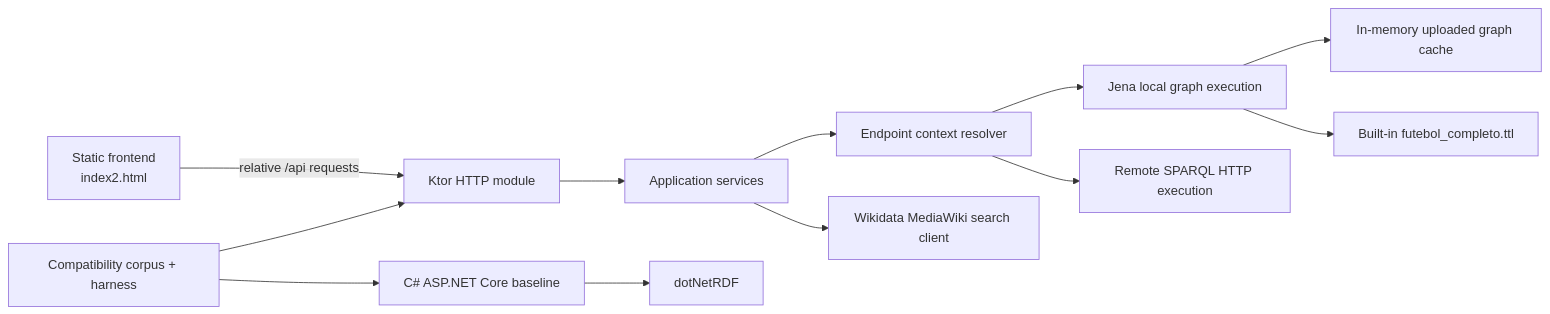
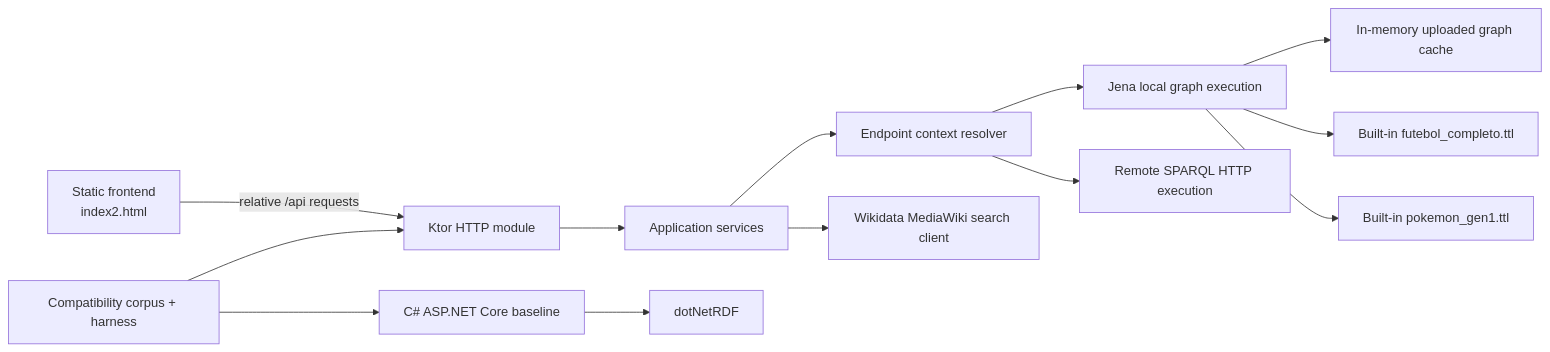
Before and after one commit to UmBender/sparql-query-easy: the first of 2 diagrams in tcc/02 - Architecture/System Architecture.md, drawn with Mermaid. The commit also changed 11 other files, not shown here.

First line of the commit message:
DATA-002 add the built-in PokemonGen1 first-generation dataset

````diff
--- a/tcc/02 - Architecture/System Architecture.md
+++ b/tcc/02 - Architecture/System Architecture.md
@@ -5,14 +5,15 @@
 ```mermaid
 flowchart LR
   Browser[Static frontend\nindex2.html] -->|relative /api requests| Ktor[Ktor HTTP module]
   Ktor --> Services[Application services]
   Services --> Context[Endpoint context resolver]
   Context --> Local[Jena local graph execution]
   Context --> Remote[Remote SPARQL HTTP execution]
   Services --> Wiki[Wikidata MediaWiki search client]
   Local --> Cache[In-memory uploaded graph cache]
   Local --> Builtin[Built-in futebol_completo.ttl]
+  Local --> Pokemon[Built-in pokemon_gen1.ttl]
   CSharp[C# ASP.NET Core baseline] --> DotNetRDF[dotNetRDF]
   Compat[Compatibility corpus + harness] --> CSharp
   Compat --> Ktor
 ```
````
